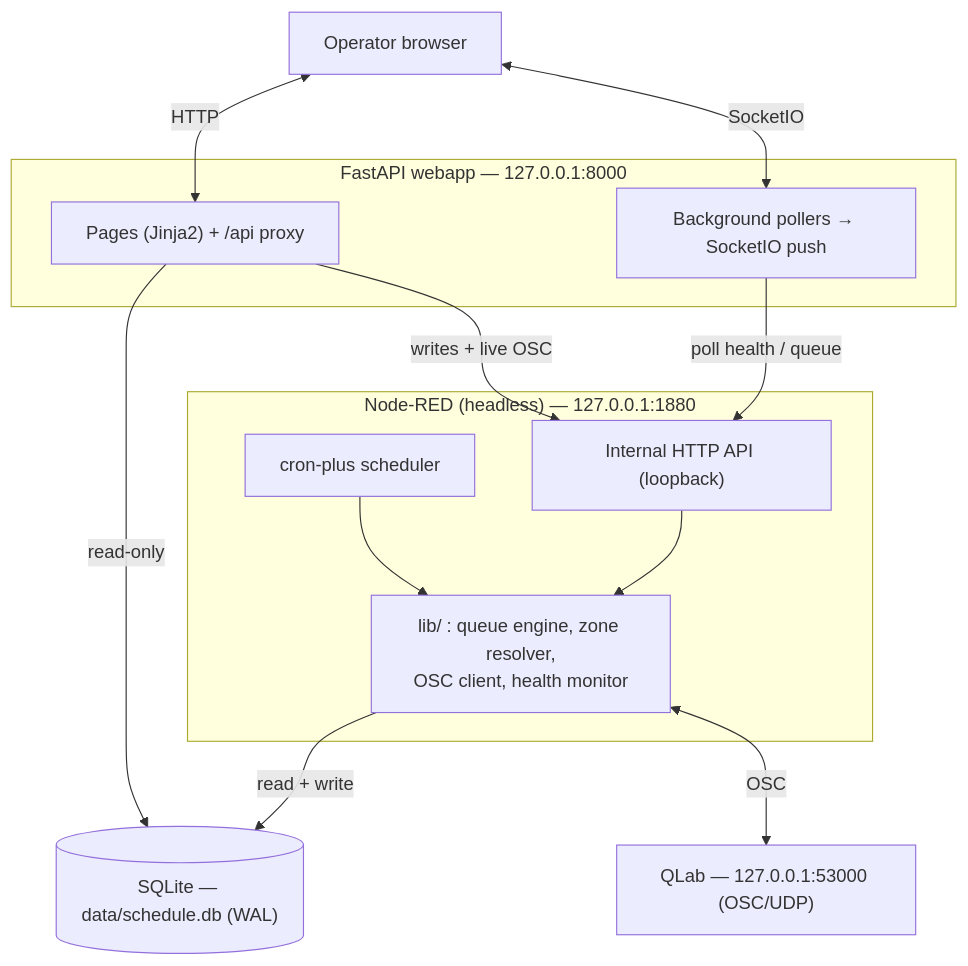
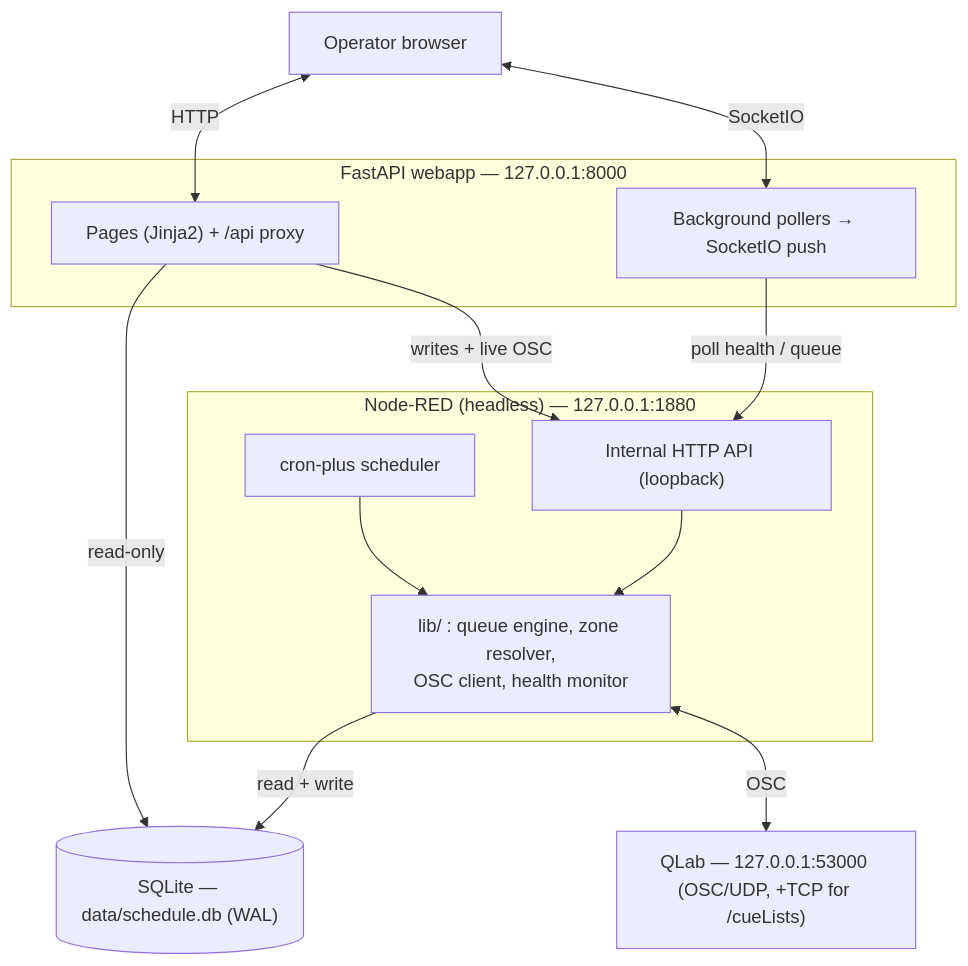
One commit to rmthompson902/Herald changed the first of 2 diagrams in docs/02-architecture.md. Above: the diagram before and after it, drawn with Mermaid. The commit also changed 9 other files, not shown here.

Commit message:
Change cue list API endpoint to TCP

````diff
--- a/docs/02-architecture.md
+++ b/docs/02-architecture.md
@@ -5,28 +5,28 @@
 ```mermaid
 flowchart TB
     Browser["Operator browser"]
 
     subgraph Web["FastAPI webapp — 127.0.0.1:8000"]
         Pages["Pages (Jinja2) + /api proxy"]
         Poll["Background pollers → SocketIO push"]
     end
 
     subgraph NR["Node-RED (headless) — 127.0.0.1:1880"]
         Cron["cron-plus scheduler"]
         Engine["lib/ : queue engine, zone resolver,<br/>OSC client, health monitor"]
         API["Internal HTTP API (loopback)"]
     end
 
     DB[("SQLite — data/schedule.db (WAL)")]
-    QLab["QLab — 127.0.0.1:53000 (OSC/UDP)"]
+    QLab["QLab — 127.0.0.1:53000 (OSC/UDP, +TCP for /cueLists)"]
 
     Browser <-->|HTTP| Pages
     Browser <-->|SocketIO| Poll
     Pages -->|read-only| DB
     Pages -->|writes + live OSC| API
     Poll -->|poll health / queue| API
     Cron --> Engine
     API --> Engine
     Engine -->|read + write| DB
     Engine <-->|OSC| QLab
 ```
````
